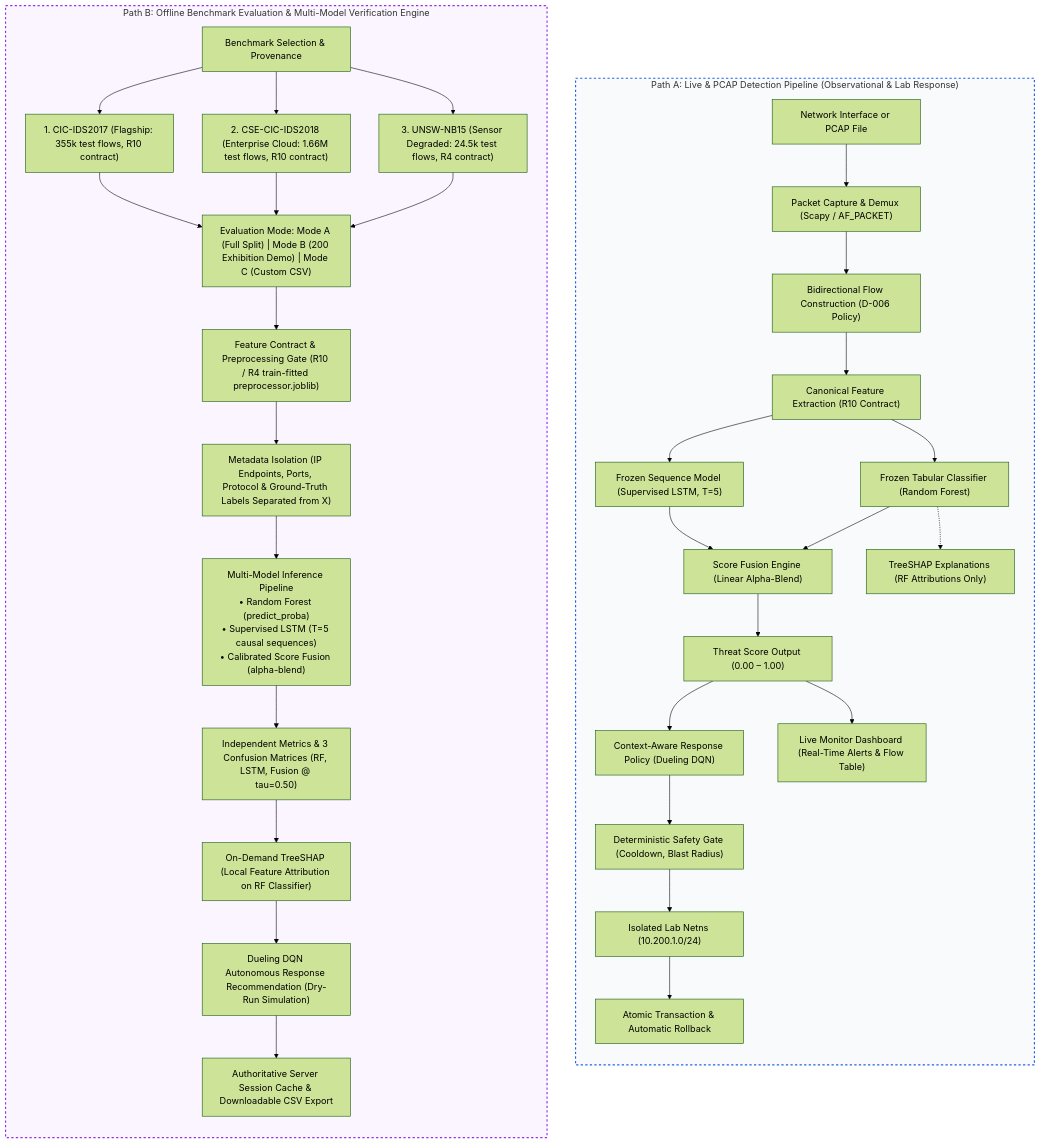
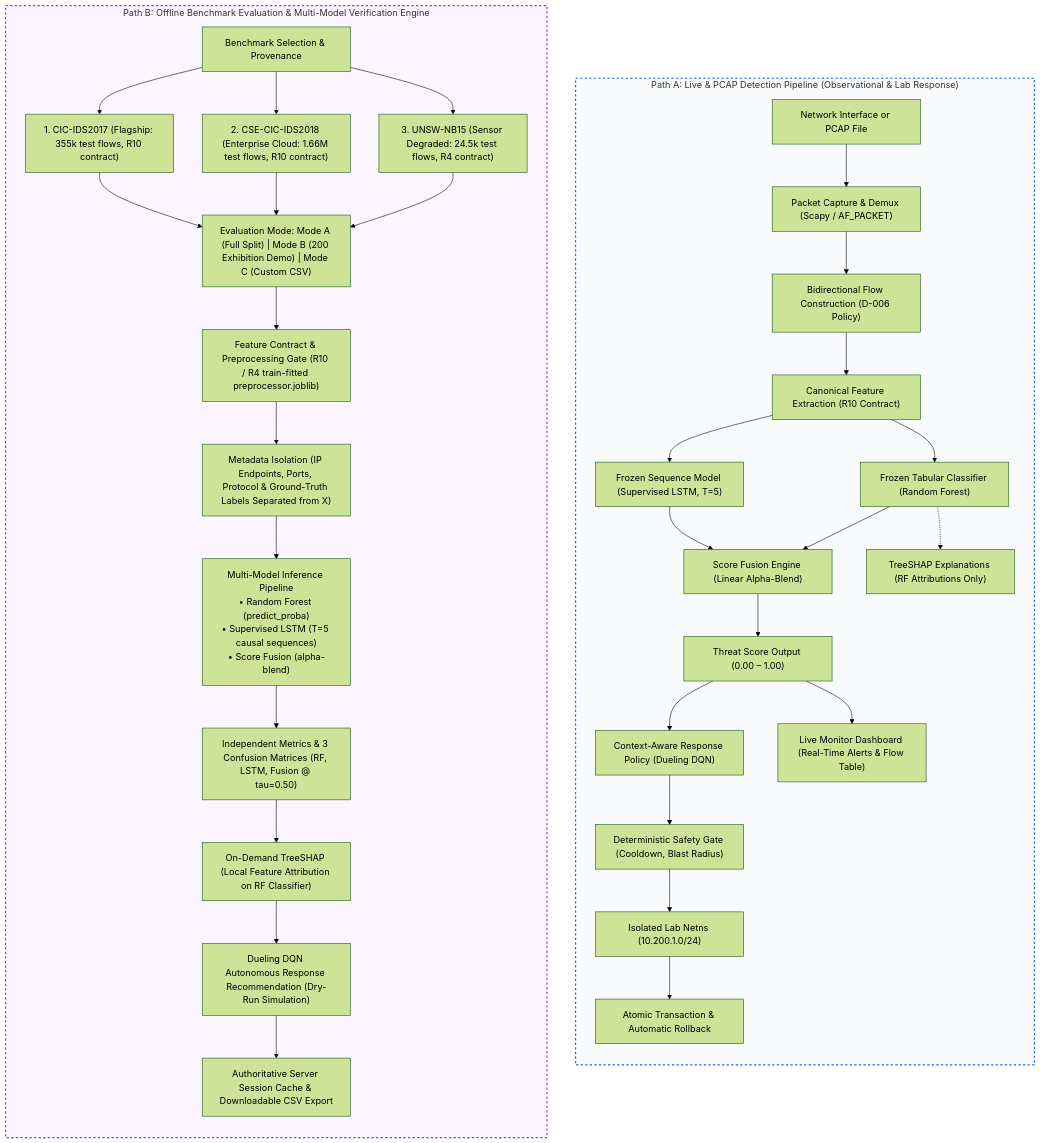
The first of 2 diagrams in README.md (rishikeshgowdakk/fyp-xrlids), drawn with Mermaid (forest theme) before and after one commit. The commit also changed 17 other files, not shown here.

````diff
--- a/README.md
+++ b/README.md
@@ -32,38 +32,38 @@
 ```mermaid
 flowchart TD
     subgraph LIVE["Path A: Live & PCAP Detection Pipeline (Observational & Lab Response)"]
         direction TB
         A1["Network Interface or PCAP File"] --> A2["Packet Capture & Demux (Scapy / AF_PACKET)"]
         A2 --> A3["Bidirectional Flow Construction (D-006 Policy)"]
         A3 --> A4["Canonical Feature Extraction (R10 Contract)"]
         A4 --> A5["Frozen Tabular Classifier (Random Forest)"]
         A4 --> A6["Frozen Sequence Model (Supervised LSTM, T=5)"]
         A5 --> A7["Score Fusion Engine (Linear Alpha-Blend)"]
         A6 --> A7
         A7 --> A8["Threat Score Output (0.00 – 1.00)"]
         A5 -.-> A9["TreeSHAP Explanations (RF Attributions Only)"]
         A8 --> A10["Context-Aware Response Policy (Dueling DQN)"]
         A10 --> A11["Deterministic Safety Gate (Cooldown, Blast Radius)"]
         A11 --> A12["Isolated Lab Netns (10.200.1.0/24)"]
         A12 --> A13["Atomic Transaction & Automatic Rollback"]
         A8 --> A14["Live Monitor Dashboard (Real-Time Alerts & Flow Table)"]
     end
 
     subgraph CSV["Path B: Offline Benchmark Evaluation & Multi-Model Verification Engine"]
         direction TB
         B0["Benchmark Selection & Provenance"] --> D1["1. CIC-IDS2017 (Flagship: 355k test flows, R10 contract)"]
         B0 --> D2["2. CSE-CIC-IDS2018 (Enterprise Cloud: 1.66M test flows, R10 contract)"]
         B0 --> D3["3. UNSW-NB15 (Sensor Degraded: 24.5k test flows, R4 contract)"]
         D1 & D2 & D3 --> B1["Evaluation Mode: Mode A (Full Split) | Mode B (200 Exhibition Demo) | Mode C (Custom CSV)"]
         B1 --> B2["Feature Contract & Preprocessing Gate (R10 / R4 train-fitted preprocessor.joblib)"]
         B2 --> B3["Metadata Isolation (IP Endpoints, Ports, Protocol & Ground-Truth Labels Separated from X)"]
-        B3 --> B4["Multi-Model Inference Pipeline\n• Random Forest (predict_proba)\n• Supervised LSTM (T=5 causal sequences)\n• Calibrated Score Fusion (alpha-blend)"]
+        B3 --> B4["Multi-Model Inference Pipeline\n• Random Forest (predict_proba)\n• Supervised LSTM (T=5 causal sequences)\n• Score Fusion (alpha-blend)"]
         B4 --> B5["Independent Metrics & 3 Confusion Matrices (RF, LSTM, Fusion @ tau=0.50)"]
         B5 --> B6["On-Demand TreeSHAP (Local Feature Attribution on RF Classifier)"]
         B6 --> B7["Dueling DQN Autonomous Response Recommendation (Dry-Run Simulation)"]
         B7 --> B8["Authoritative Server Session Cache & Downloadable CSV Export"]
     end
 
     style LIVE fill:#f8fafc,stroke:#2563eb,stroke-width:2px,stroke-dasharray: 4 4
     style CSV fill:#faf5ff,stroke:#9333ea,stroke-width:2px,stroke-dasharray: 4 4
 ```
````
